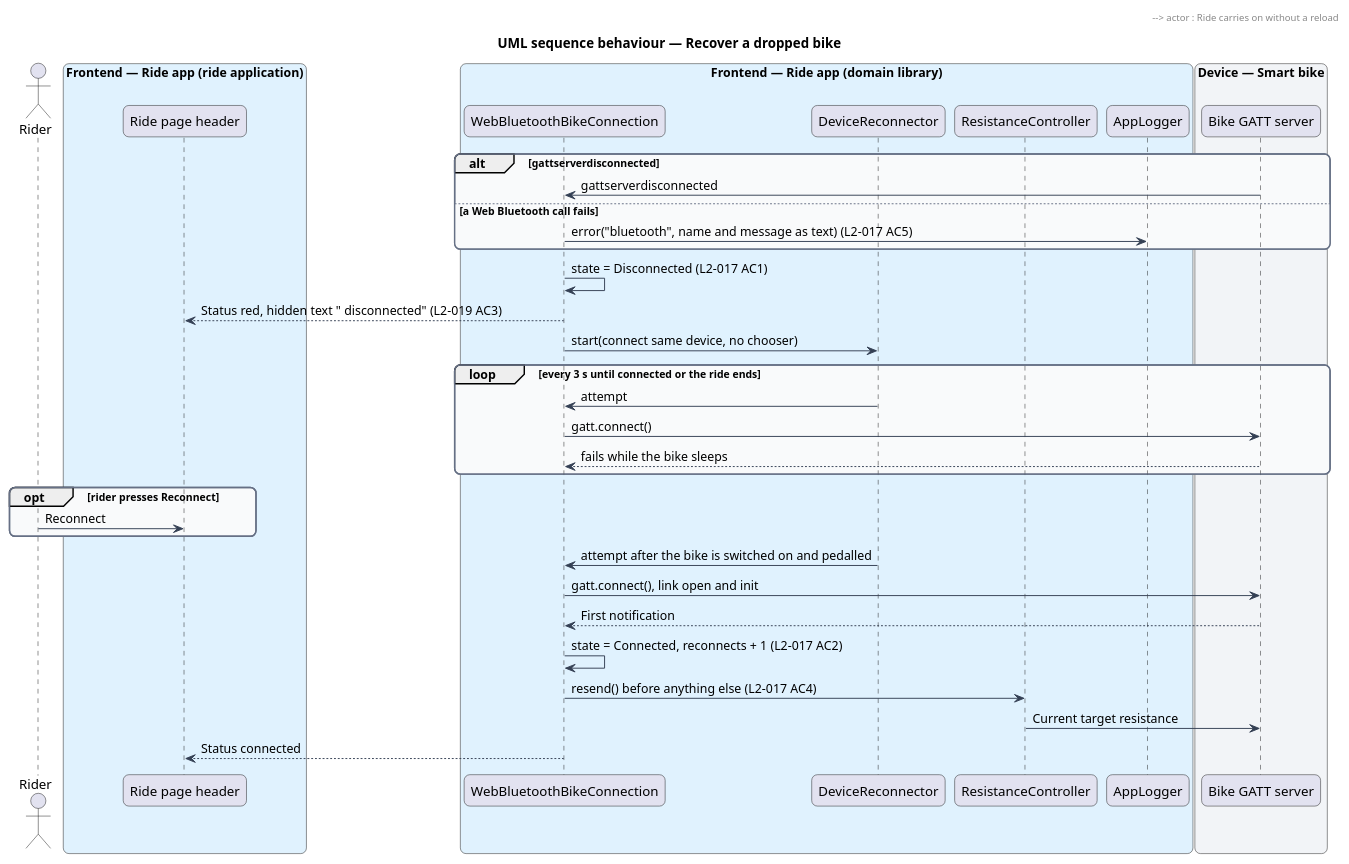
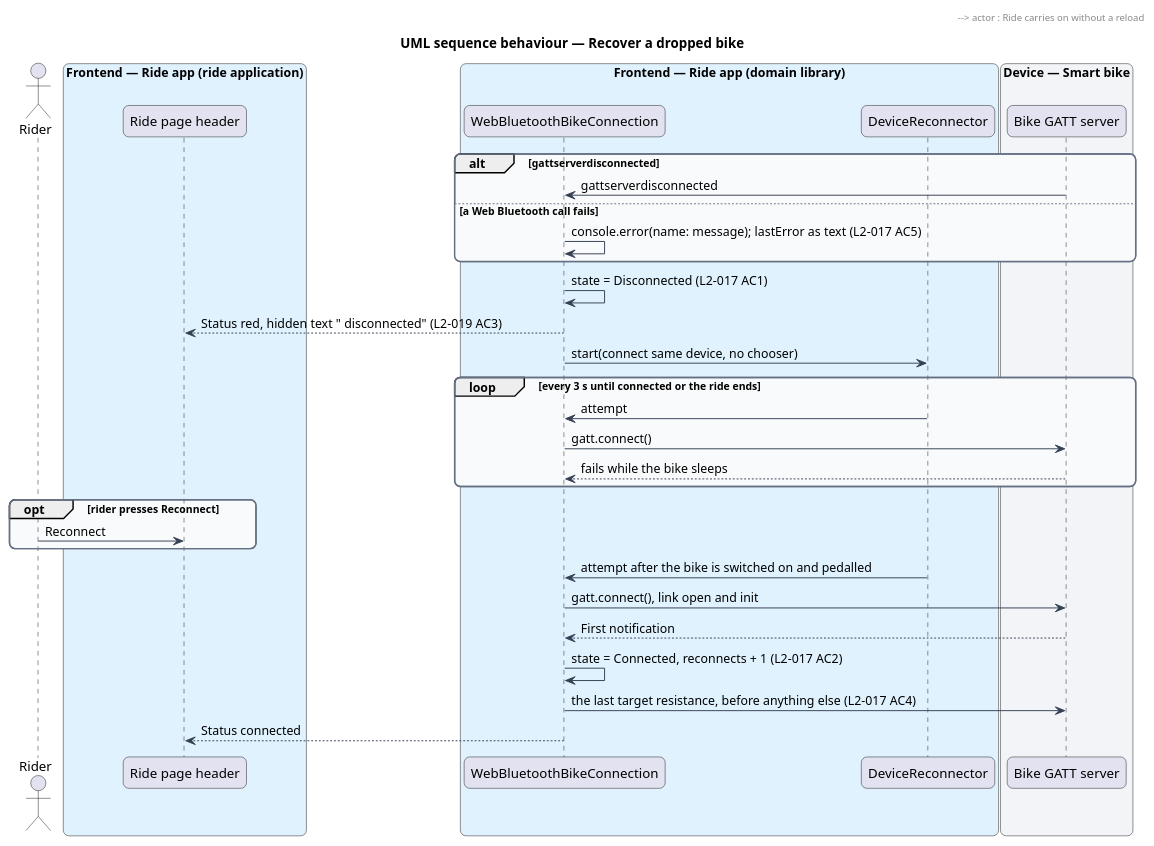
One commit to QuinntyneBrown/ride-one changed the diagram in docs/detailed-designs/bike/keep-the-bike-connected/diagrams/sequence-recover-a-dropped-bike.puml. Above: the diagram before and after it, drawn with PlantUML. The commit also changed 10 other files, not shown here.

```diff
--- a/docs/detailed-designs/bike/keep-the-bike-connected/diagrams/sequence-recover-a-dropped-bike.puml
+++ b/docs/detailed-designs/bike/keep-the-bike-connected/diagrams/sequence-recover-a-dropped-bike.puml
@@ -1,55 +1,52 @@
 @startuml
 title UML sequence behaviour — Recover a dropped bike
 skinparam backgroundColor #FFFFFF
 skinparam shadowing false
 skinparam roundcorner 12
 skinparam defaultFontName Arial
 skinparam ArrowColor #344054
 skinparam rectangle {
   BorderColor #344054
   FontColor #101828
 }
 skinparam package {
   BorderColor #667085
   FontColor #101828
   BackgroundColor #F9FAFB
 }
 actor "Rider" as actor
 box "Frontend — Ride app (ride application)" #E0F2FE
   participant "Ride page header" as header
 end box
 box "Frontend — Ride app (domain library)" #E0F2FE
   participant "WebBluetoothBikeConnection" as conn
   participant "DeviceReconnector" as recon
-  participant "ResistanceController" as res
-  participant "AppLogger" as log
 end box
 box "Device — Smart bike" #F2F4F7
   participant "Bike GATT server" as bike
 end box
 alt gattserverdisconnected
   bike -> conn : gattserverdisconnected
 else a Web Bluetooth call fails
-  conn -> log : error("bluetooth", name and message as text) (L2-017 AC5)
+  conn -> conn : console.error(name: message); lastError as text (L2-017 AC5)
 end
 conn -> conn : state = Disconnected (L2-017 AC1)
 conn --> header : Status red, hidden text " disconnected" (L2-019 AC3)
 conn -> recon : start(connect same device, no chooser)
 loop every 3 s until connected or the ride ends
   recon -> conn : attempt
   conn -> bike : gatt.connect()
   bike --> conn : fails while the bike sleeps
 end
 opt rider presses Reconnect
   actor -> header : Reconnect
   header -> recon : retryNow() cancels the pending retry and tries at once (L2-017 AC3)
 end
 recon -> conn : attempt after the bike is switched on and pedalled
 conn -> bike : gatt.connect(), link open and init
 bike --> conn : First notification
 conn -> conn : state = Connected, reconnects + 1 (L2-017 AC2)
-conn -> res : resend() before anything else (L2-017 AC4)
-res -> bike : Current target resistance
+conn -> bike : the last target resistance, before anything else (L2-017 AC4)
 conn --> header : Status connected
 header --> actor : Ride carries on without a reload
 @enduml
```
